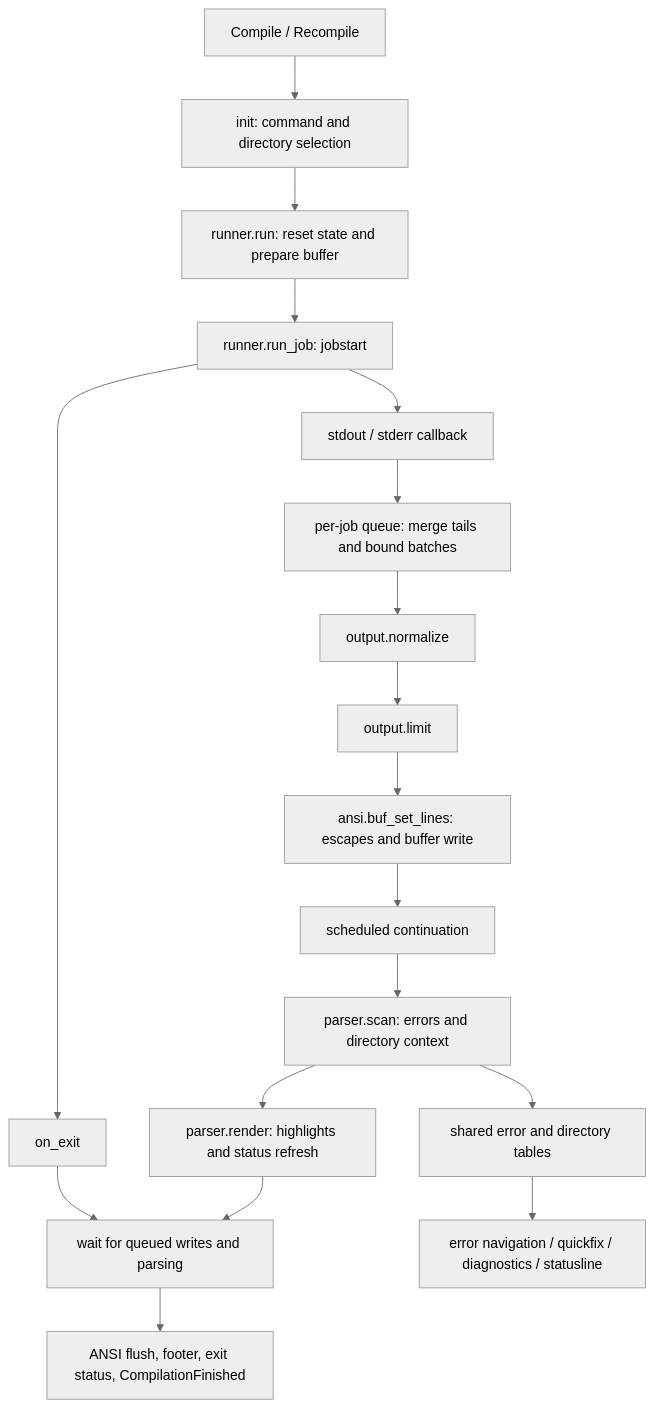
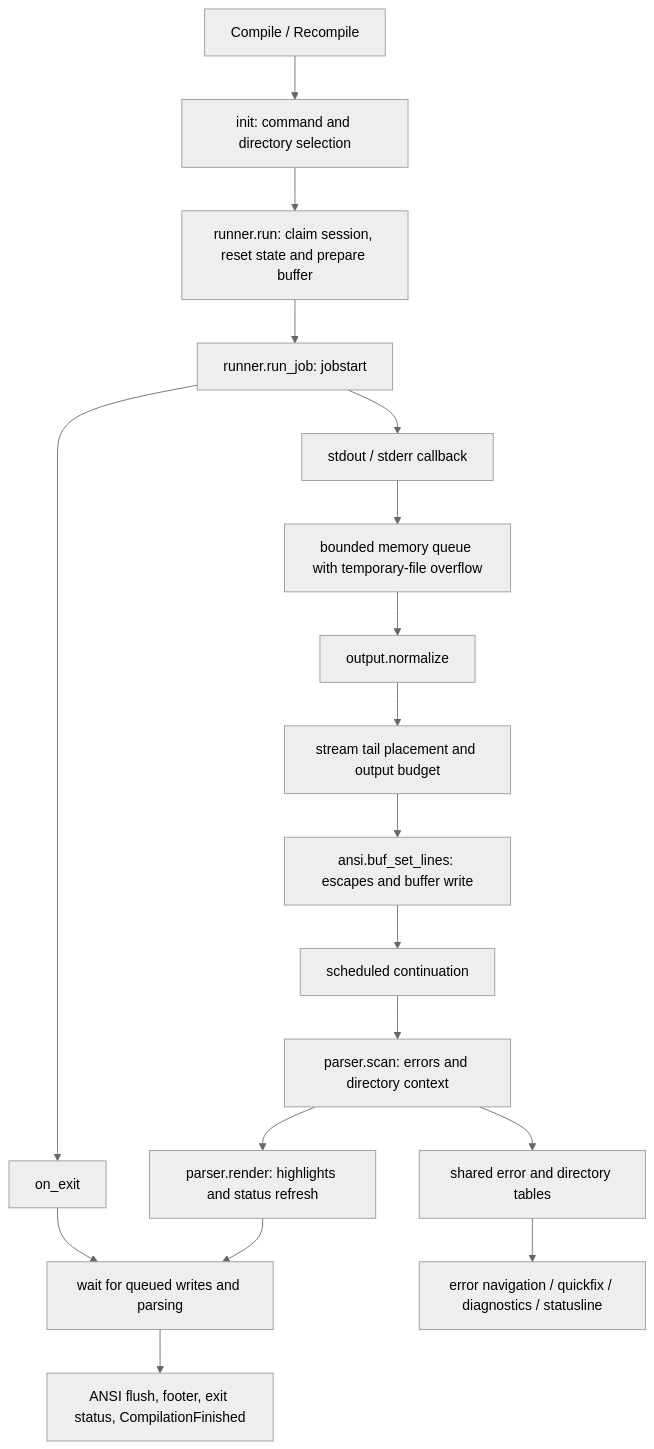
One commit to arusuki/compile-mode.nvim changed the diagram in doc/architecture.md. Above: the diagram before and after it, drawn with Mermaid (neutral theme). The commit also changed other lines of this file and 4 other files, not shown here.

````diff
--- a/doc/architecture.md
+++ b/doc/architecture.md
@@ -33,20 +33,20 @@
 ```mermaid
 flowchart TD
     command[Compile / Recompile] --> entry[init: command and directory selection]
-    entry --> run[runner.run: reset state and prepare buffer]
+    entry --> run[runner.run: claim session, reset state and prepare buffer]
     run --> job[runner.run_job: jobstart]
     job --> chunk[stdout / stderr callback]
-    chunk --> queue[per-job queue: merge tails and bound batches]
+    chunk --> queue[bounded memory queue with temporary-file overflow]
     queue --> normalize[output.normalize]
-    normalize --> limit[output.limit]
+    normalize --> limit[stream tail placement and output budget]
     limit --> ansi[ansi.buf_set_lines: escapes and buffer write]
     ansi --> wait[scheduled continuation]
     wait --> scan[parser.scan: errors and directory context]
     scan --> render[parser.render: highlights and status refresh]
     job --> exit[on_exit]
     exit --> drained[wait for queued writes and parsing]
     render --> drained
     drained --> finish[ANSI flush, footer, exit status, CompilationFinished]
     scan --> metadata[shared error and directory tables]
     metadata --> navigation[error navigation / quickfix / diagnostics / statusline]
 ```
````
